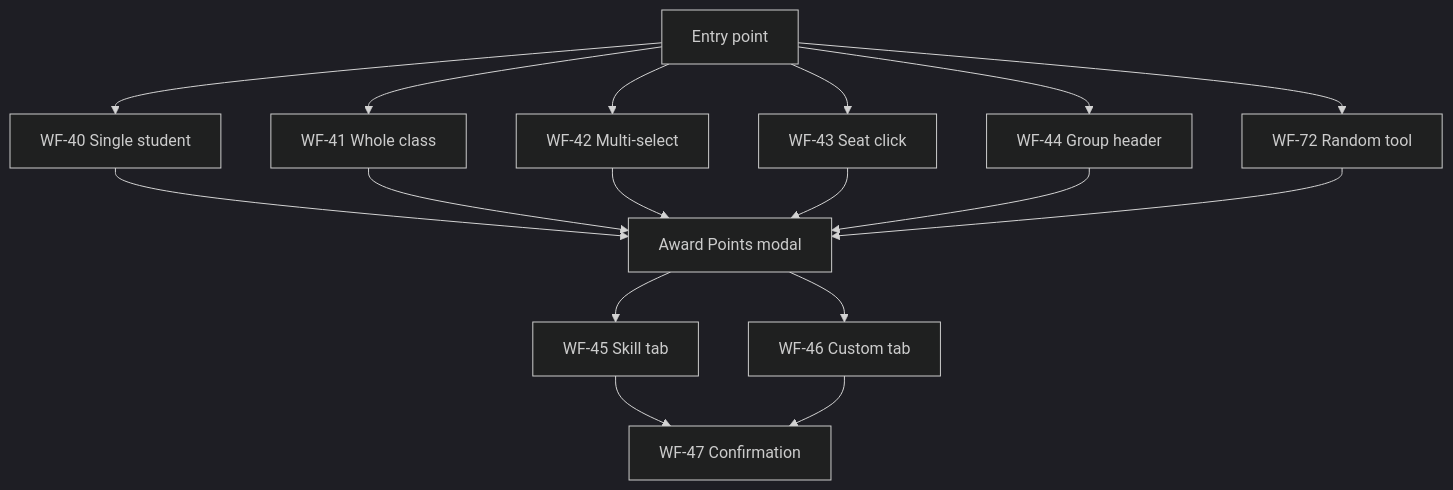
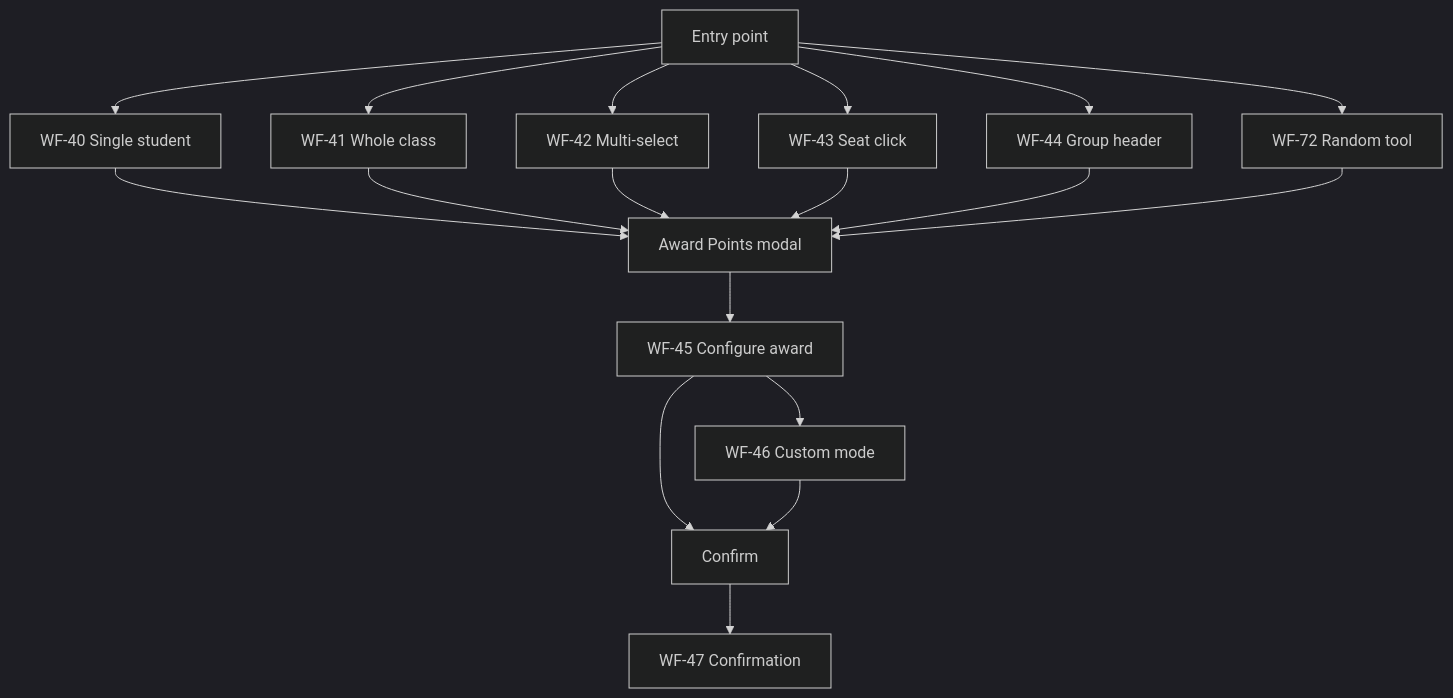
Before and after one commit to kisdreamteam/KIS-Points-V2-Live: the first of 3 diagrams in docs/teacher-workflows.md, drawn with Mermaid (dark theme). The commit also changed other lines of this file and 20 other files, not shown here.

First line of the commit message:
feat(dashboard): upgrade award points modal UX and stable category order

````diff
--- a/docs/teacher-workflows.md
+++ b/docs/teacher-workflows.md
@@ -598,22 +600,23 @@
 ```mermaid
 flowchart TD
   entry[Entry point]
   entry --> single[WF-40 Single student]
   entry --> whole[WF-41 Whole class]
   entry --> multi[WF-42 Multi-select]
   entry --> seat[WF-43 Seat click]
   entry --> group[WF-44 Group header]
   entry --> random[WF-72 Random tool]
 
   single --> modal[Award Points modal]
   whole --> modal
   multi --> modal
   seat --> modal
   group --> modal
   random --> modal
 
-  modal --> skill[WF-45 Skill tab]
-  modal --> custom[WF-46 Custom tab]
-  skill --> confirm[WF-47 Confirmation]
-  custom --> confirm
+  modal --> configure[WF-45 Configure award]
+  configure --> confirmBtn[Confirm]
+  configure --> custom[WF-46 Custom mode]
+  custom --> confirmBtn
+  confirmBtn --> confirm[WF-47 Confirmation]
 ```
````
